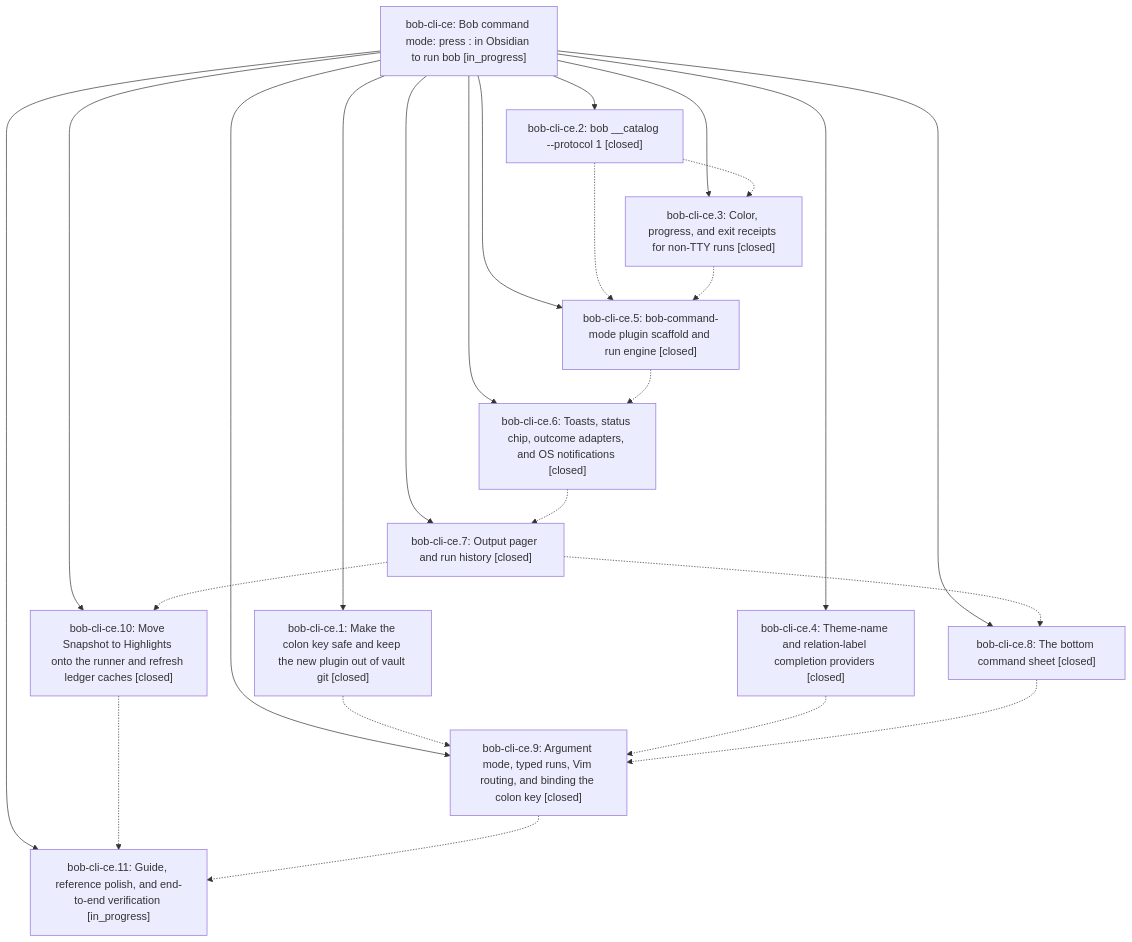
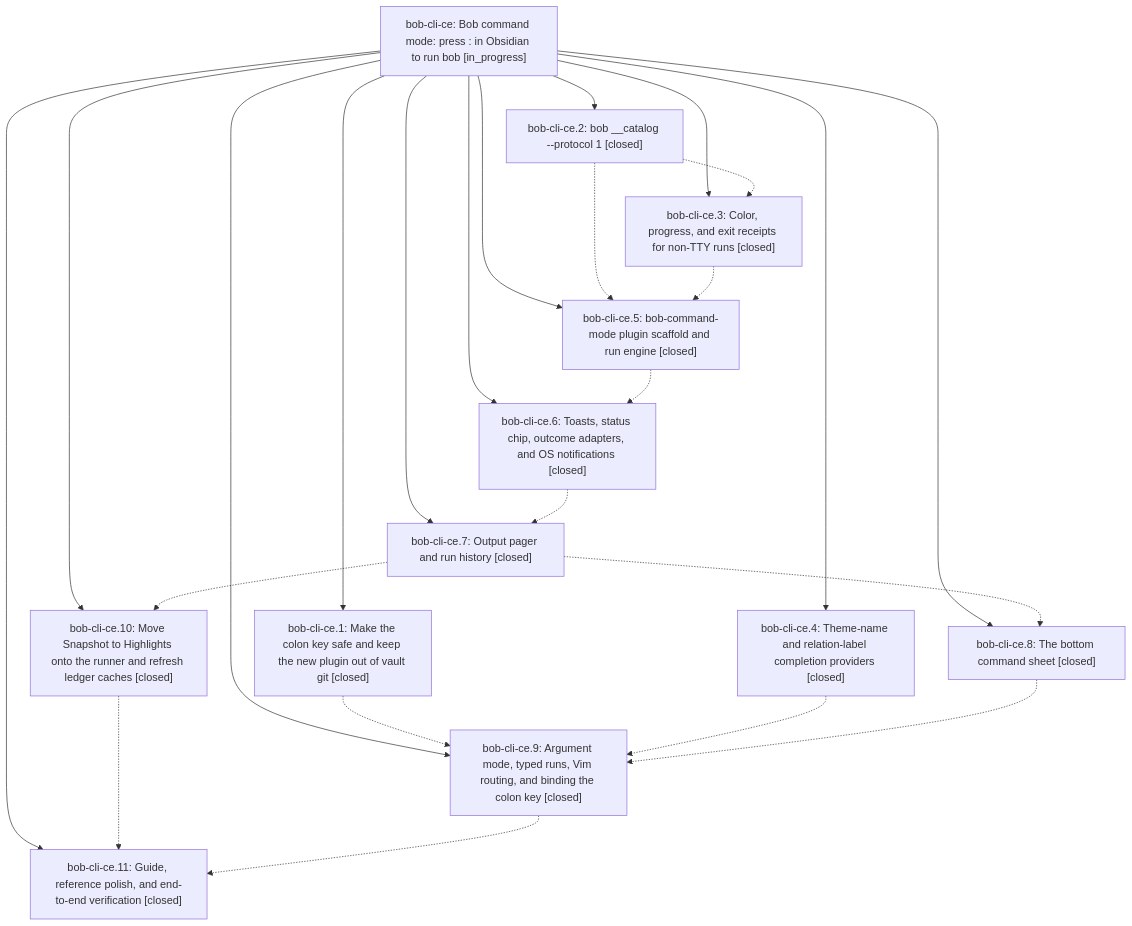
The diagram in pages/bob-cli-ce/README.md (bobs-org/bob-cli--beads), drawn with Mermaid before and after one commit. The commit also changed other lines of this file and 5 other files, not shown here.

First line of the commit message:
chore(beads): sync bead state and pages for bob-cli-ce

````diff
--- a/pages/bob-cli-ce/README.md
+++ b/pages/bob-cli-ce/README.md
@@ -46,38 +50,38 @@
 ```mermaid
 flowchart TD
     n0["bob-cli-ce: Bob command mode: press : in Obsidian to run bob [in_progress]"]
     n1["bob-cli-ce.1: Make the colon key safe and keep the new plugin out of vault git [closed]"]
     n2["bob-cli-ce.10: Move Snapshot to Highlights onto the runner and refresh ledger caches [closed]"]
-    n3["bob-cli-ce.11: Guide, reference polish, and end-to-end verification [in_progress]"]
+    n3["bob-cli-ce.11: Guide, reference polish, and end-to-end verification [closed]"]
     n4["bob-cli-ce.2: bob __catalog --protocol 1 [closed]"]
     n5["bob-cli-ce.3: Color, progress, and exit receipts for non-TTY runs [closed]"]
     n6["bob-cli-ce.4: Theme-name and relation-label completion providers [closed]"]
     n7["bob-cli-ce.5: bob-command-mode plugin scaffold and run engine [closed]"]
     n8["bob-cli-ce.6: Toasts, status chip, outcome adapters, and OS notifications [closed]"]
     n9["bob-cli-ce.7: Output pager and run history [closed]"]
     n10["bob-cli-ce.8: The bottom command sheet [closed]"]
     n11["bob-cli-ce.9: Argument mode, typed runs, Vim routing, and binding the colon key [closed]"]
     n0 --> n1
     n0 --> n2
     n0 --> n3
     n0 --> n4
     n0 --> n5
     n0 --> n6
     n0 --> n7
     n0 --> n8
     n0 --> n9
     n0 --> n10
     n0 --> n11
     n1 -.-> n11
     n2 -.-> n3
     n4 -.-> n5
     n4 -.-> n7
     n5 -.-> n7
     n6 -.-> n11
     n7 -.-> n8
     n8 -.-> n9
     n9 -.-> n2
     n9 -.-> n10
     n10 -.-> n11
     n11 -.-> n3
 ```
````
